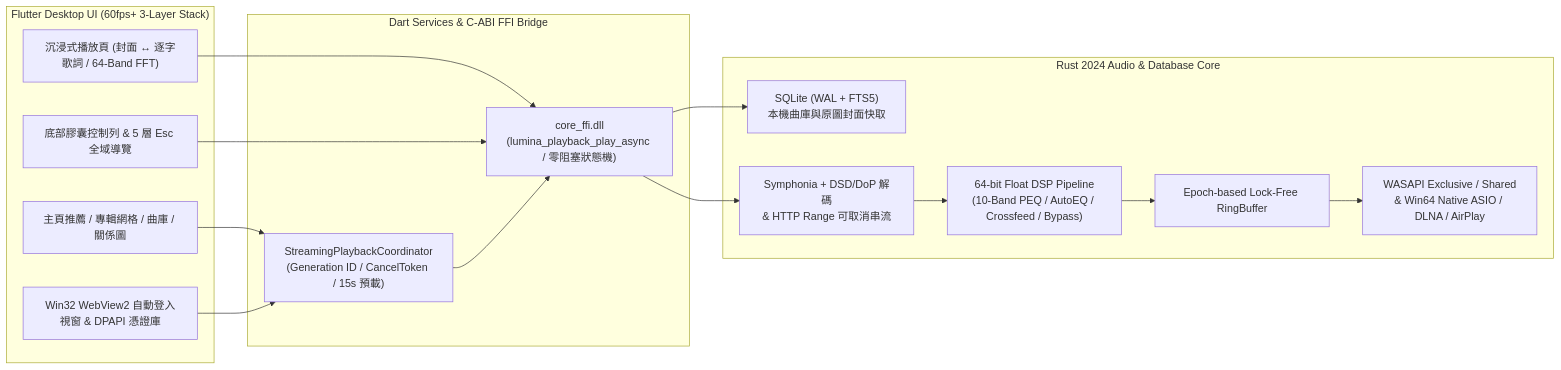
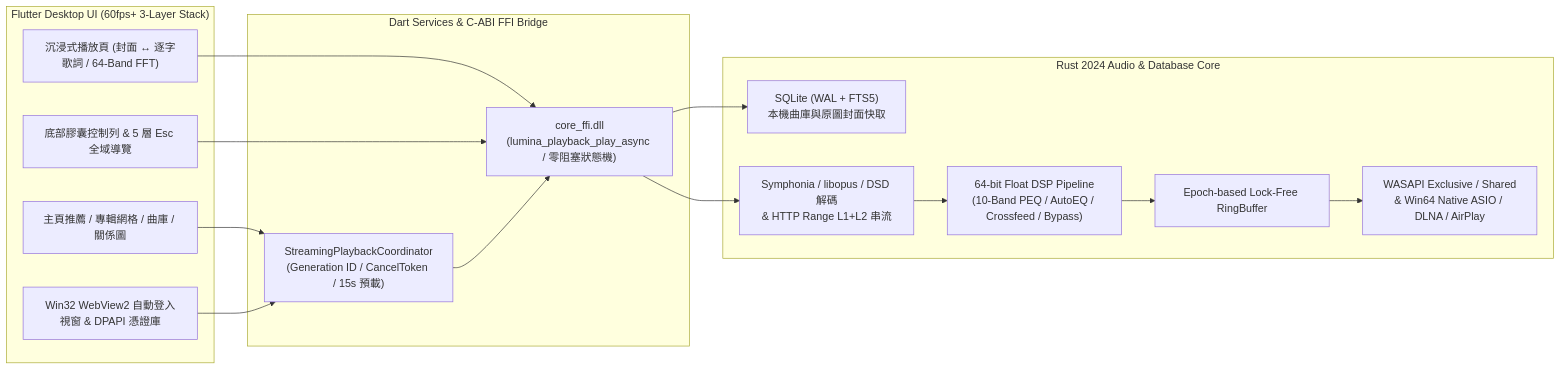
One commit to pierre930523/lumina-audio changed the diagram in README.md. Above: the diagram before and after it, drawn with Mermaid. The commit also changed other lines of this file, not shown here.

Commit message:
docs: update README.md to v0.2.4 (libopus Opus fix & release build)

````diff
--- a/README.md
+++ b/README.md
@@ -99,33 +99,33 @@
 ```mermaid
 flowchart LR
   subgraph UI["Flutter Desktop UI (60fps+ 3-Layer Stack)"]
     Home["主頁推薦 / 專輯網格 / 曲庫 / 關係圖"]
     NowPlaying["沉浸式播放頁 (封面 ↔ 逐字歌詞 / 64-Band FFT)"]
     MiniPlayer["底部膠囊控制列 & 5 層 Esc 全域導覽"]
     WebView2["Win32 WebView2 自動登入視窗 & DPAPI 憑證庫"]
   end
 
   subgraph Bridge["Dart Services & C-ABI FFI Bridge"]
     Coordinator["StreamingPlaybackCoordinator\n(Generation ID / CancelToken / 15s 預載)"]
     FFI["core_ffi.dll\n(lumina_playback_play_async / 零阻塞狀態機)"]
   end
 
   subgraph Core["Rust 2024 Audio & Database Core"]
     DB["SQLite (WAL + FTS5)\n本機曲庫與原圖封面快取"]
-    Decoder["Symphonia + DSD/DoP 解碼\n& HTTP Range 可取消串流"]
+    Decoder["Symphonia / libopus / DSD 解碼\n& HTTP Range L1+L2 串流"]
     DSP["64-bit Float DSP Pipeline\n(10-Band PEQ / AutoEQ / Crossfeed / Bypass)"]
     RingBuf["Epoch-based Lock-Free RingBuffer"]
     Output["WASAPI Exclusive / Shared\n& Win64 Native ASIO / DLNA / AirPlay"]
   end
 
   Home --> Coordinator
   WebView2 --> Coordinator
   NowPlaying --> FFI
   MiniPlayer --> FFI
   Coordinator --> FFI
   FFI --> DB
   FFI --> Decoder
   Decoder --> DSP
   DSP --> RingBuf
   RingBuf --> Output
 ```
````
